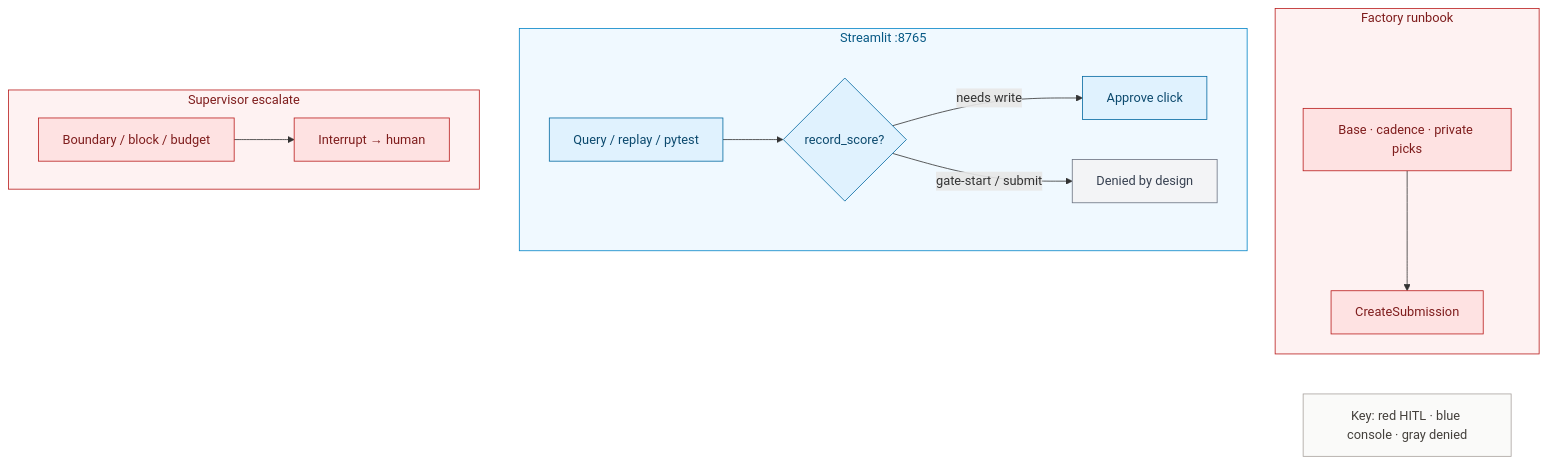
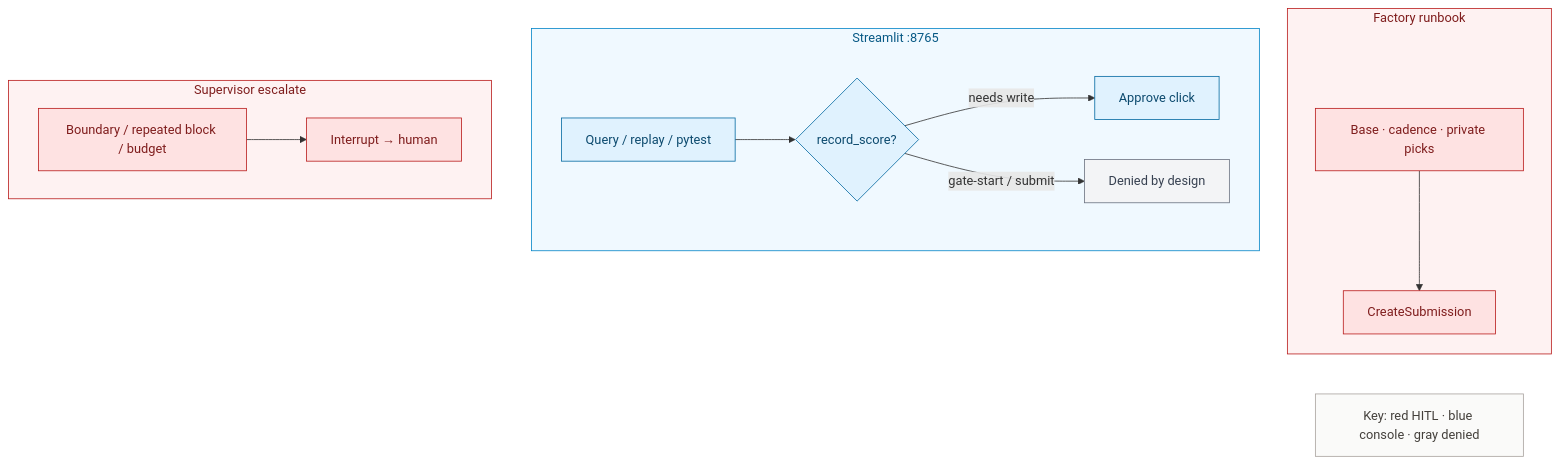
The second of 2 diagrams in docs/wiki/Requirements-Compliance.md (khaosans/noisegate-gemma4-factory), drawn with Mermaid before and after one commit.

Commit message:
docs: restore repeated-block escalate wording in HITL chart
Match supervisor/graph.py: first block returns to the agent; escalate
only after the same call is blocked twice.

````diff
--- a/docs/wiki/Requirements-Compliance.md
+++ b/docs/wiki/Requirements-Compliance.md
@@ -80,30 +80,30 @@
 ```mermaid
 flowchart TB
   subgraph FactoryHITL["Factory runbook"]
     F1[Base · cadence · private picks] --> F4[CreateSubmission]
   end
 
   subgraph ConsoleHITL["Streamlit :8765"]
     C1[Query / replay / pytest] --> C2{record_score?}
     C2 -->|needs write| C3[Approve click]
     C2 -->|gate-start / submit| C4[Denied by design]
   end
 
   subgraph SuperHITL["Supervisor escalate"]
-    E1[Boundary / block / budget] --> E2[Interrupt → human]
+    E1[Boundary / repeated block / budget] --> E2[Interrupt → human]
   end
 
   Key["Key: red HITL · blue console · gray denied"]
   F4 ~~~ Key
 
   classDef hitl fill:#FEE2E2,stroke:#B91C1C,color:#7F1D1D
   classDef ops fill:#E0F2FE,stroke:#0369A1,color:#0C4A6E
   classDef deny fill:#F3F4F6,stroke:#6B7280,color:#374151
   class F1,F4,E1,E2 hitl
   class C1,C2,C3 ops
   class C4 deny
   style FactoryHITL fill:#FEF2F2,stroke:#B91C1C,color:#7F1D1D
   style ConsoleHITL fill:#F0F9FF,stroke:#0284C7,color:#075985
   style SuperHITL fill:#FEF2F2,stroke:#B91C1C,color:#7F1D1D
   style Key fill:#FAFAF9,stroke:#A8A29E,color:#44403C
 ```
````
